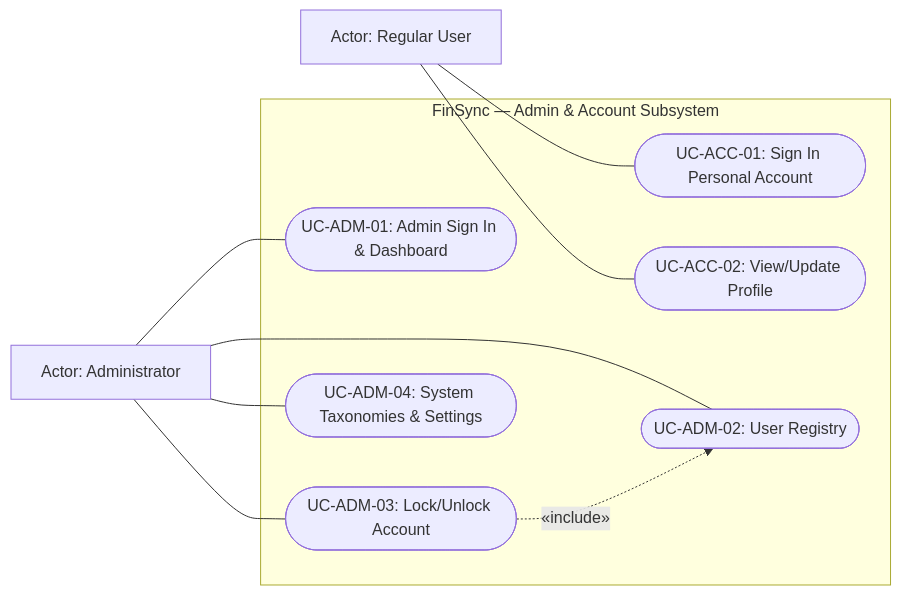
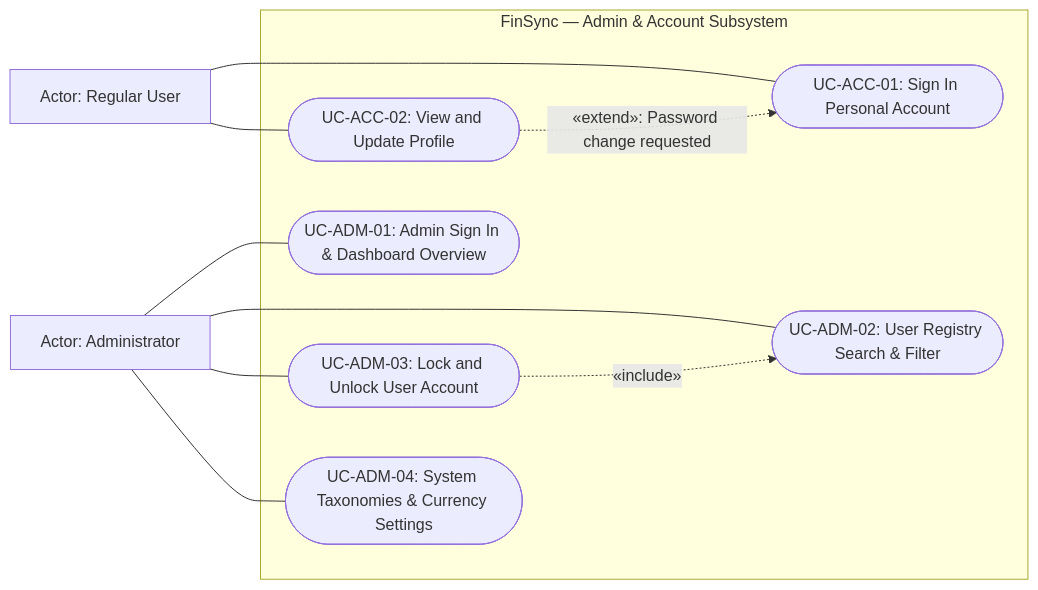
Before and after one commit to pdtLong2929/FinSync: the second of 5 diagrams in PA/PA3/report.md, drawn with Mermaid. The commit also changed other lines of this file, not shown here.

Commit message:
docs(use-case): enrich Section C.3 with full system-wide Mermaid diagrams covering all 31 use cases and UML relationships

````diff
--- a/PA/PA3/report.md
+++ b/PA/PA3/report.md
@@ -322,22 +373,24 @@
 ```mermaid
 flowchart LR
     actorUser["Actor: Regular User"]
     actorAdmin["Actor: Administrator"]
     
     subgraph FinSyncAdmin["FinSync — Admin & Account Subsystem"]
         acc01(["UC-ACC-01: Sign In Personal Account"])
-        acc02(["UC-ACC-02: View/Update Profile"])
-        adm01(["UC-ADM-01: Admin Sign In & Dashboard"])
-        adm02(["UC-ADM-02: User Registry"])
-        adm03(["UC-ADM-03: Lock/Unlock Account"])
-        adm04(["UC-ADM-04: System Taxonomies & Settings"])
+        acc02(["UC-ACC-02: View and Update Profile"])
+        adm01(["UC-ADM-01: Admin Sign In & Dashboard Overview"])
+        adm02(["UC-ADM-02: User Registry Search & Filter"])
+        adm03(["UC-ADM-03: Lock and Unlock User Account"])
+        adm04(["UC-ADM-04: System Taxonomies & Currency Settings"])
     end
     
     actorUser --- acc01
     actorUser --- acc02
     actorAdmin --- adm01
     actorAdmin --- adm02
     actorAdmin --- adm03
     actorAdmin --- adm04
+
     adm03 -.->|"«include»"| adm02
+    acc02 -.->|"«extend»: Password change requested"| acc01
 ```
````
